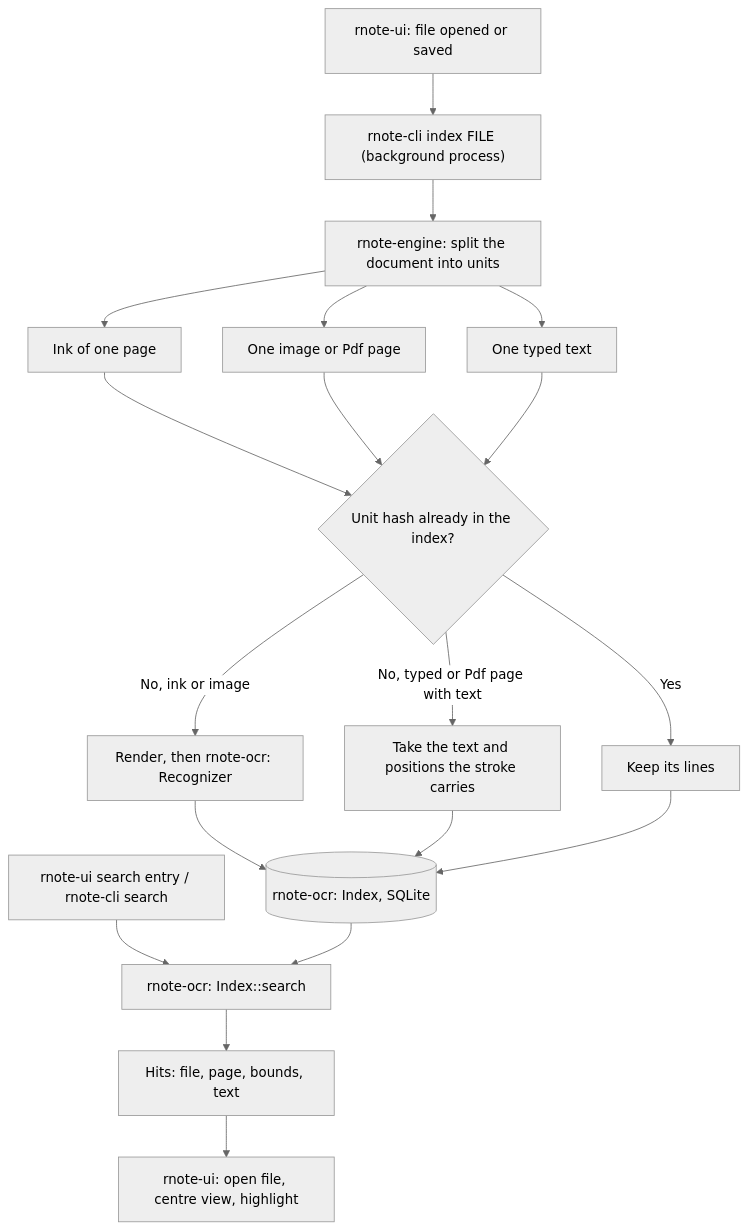
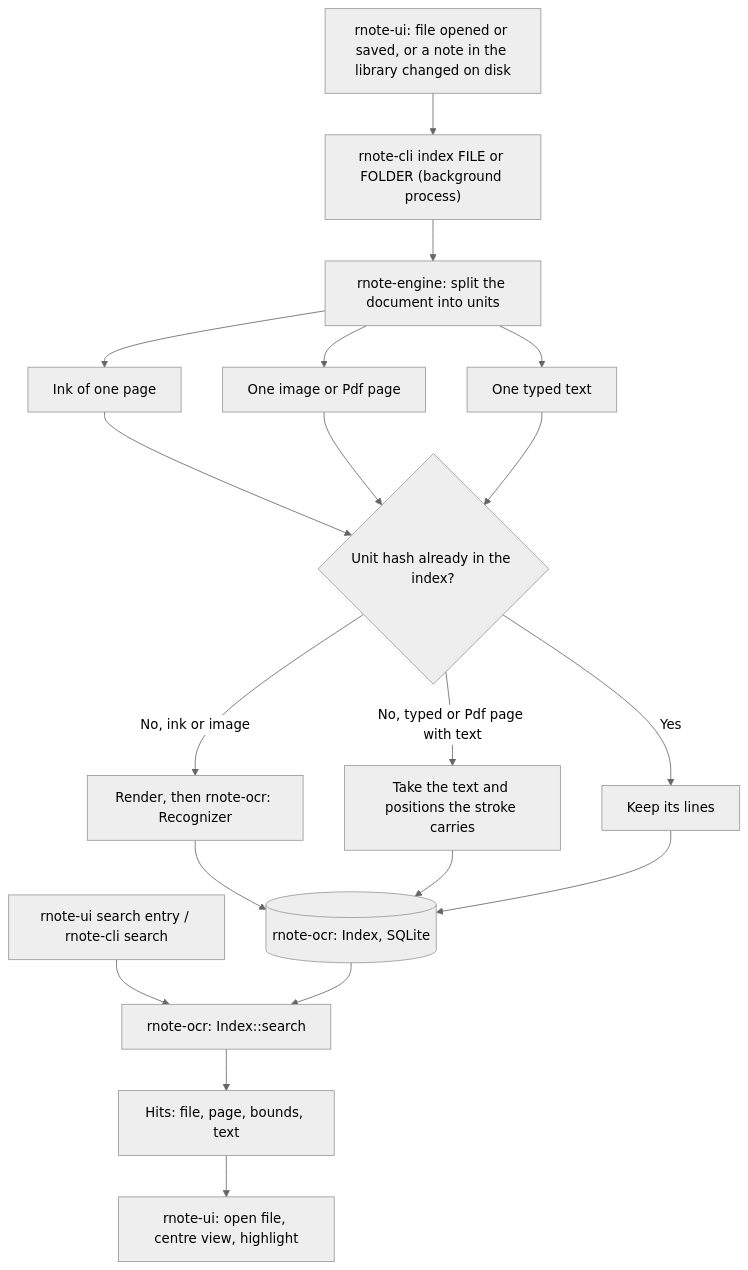
Before and after one commit to ashirviskas/rnote: the diagram in crates/rnote-ocr/README.md, drawn with Mermaid (neutral theme). The commit also changed other lines of this file and 16 other files, not shown here.

````diff
--- a/crates/rnote-ocr/README.md
+++ b/crates/rnote-ocr/README.md
@@ -8,21 +8,21 @@
 ```mermaid
 graph TD
-    A[rnote-ui: file opened or saved] --> B["rnote-cli index FILE (background process)"]
+    A[rnote-ui: file opened or saved, or a note in the library changed on disk] --> B["rnote-cli index FILE or FOLDER (background process)"]
     B --> C[rnote-engine: split the document into units]
     C --> D1[Ink of one page]
     C --> D2[One image or Pdf page]
     C --> D3[One typed text]
     D1 --> E{Unit hash already in the index?}
     D2 --> E
     D3 --> E
     E -->|Yes| K[Keep its lines]
     E -->|No, ink or image| F[Render, then rnote-ocr: Recognizer]
     E -->|No, typed or Pdf page with text| G[Take the text and positions the stroke carries]
     F --> H[(rnote-ocr: Index, SQLite)]
     G --> H
     K --> H
     I[rnote-ui search entry / rnote-cli search] --> J[rnote-ocr: Index::search]
     H --> J
     J --> L[Hits: file, page, bounds, text]
     L --> M[rnote-ui: open file, centre view, highlight]
 ```
````
